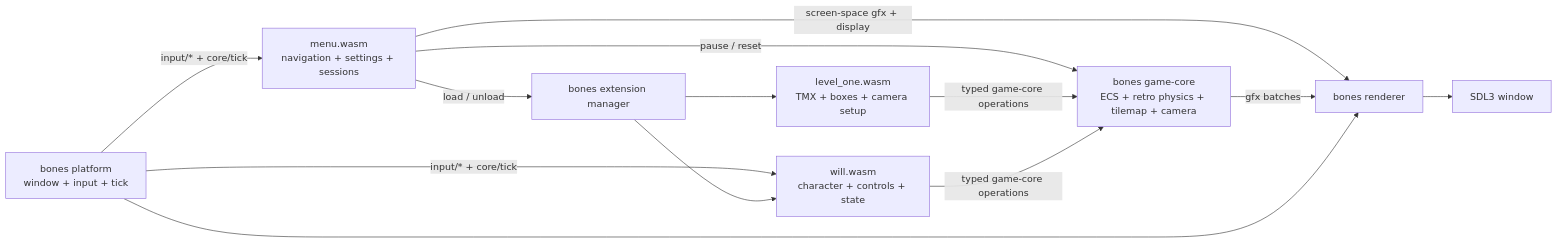
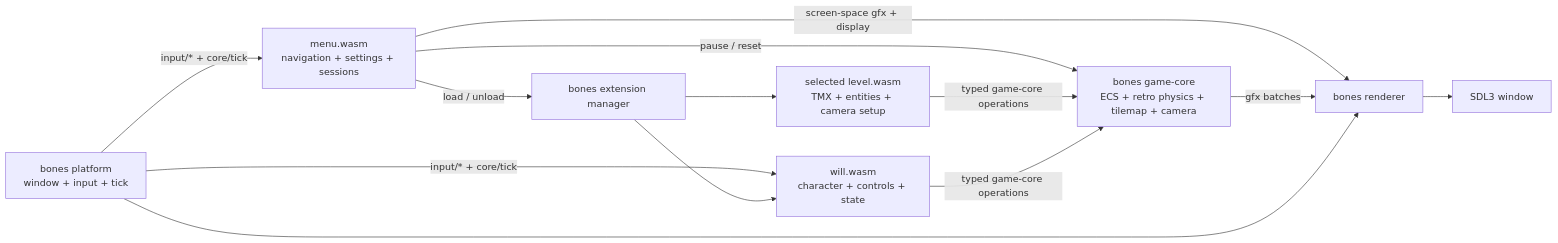
The diagram in docs/architecture.md (an-dr/artificial-will-game-v2), drawn with Mermaid before and after one commit. The commit also changed other lines of this file and 7 other files, not shown here.

````diff
--- a/docs/architecture.md
+++ b/docs/architecture.md
@@ -10,15 +10,15 @@
 ```mermaid
 flowchart LR
     Platform["bones platform<br/>window + input + tick"] -->|"input/* + core/tick"| Menu
     Platform -->|"input/* + core/tick"| Will
     Menu["menu.wasm<br/>navigation + settings + sessions"] -->|"load / unload"| Manager["bones extension manager"]
     Menu -->|"screen-space gfx + display"| Renderer
     Menu -->|"pause / reset"| GameCore
-    Manager --> Level["level_one.wasm<br/>TMX + boxes + camera setup"]
+    Manager --> Level["selected level.wasm<br/>TMX + entities + camera setup"]
     Manager --> Will
-    Level["level_one.wasm<br/>TMX + boxes + camera setup"] -->|"typed game-core operations"| GameCore
+    Level["selected level.wasm<br/>TMX + entities + camera setup"] -->|"typed game-core operations"| GameCore
     Will["will.wasm<br/>character + controls + state"] -->|"typed game-core operations"| GameCore
     GameCore["bones game-core<br/>ECS + retro physics + tilemap + camera"] -->|"gfx batches"| Renderer
     Renderer["bones renderer"] --> Window["SDL3 window"]
     Platform --> Renderer
 ```
````
